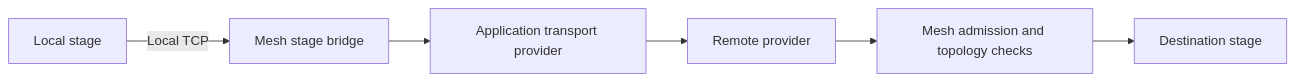
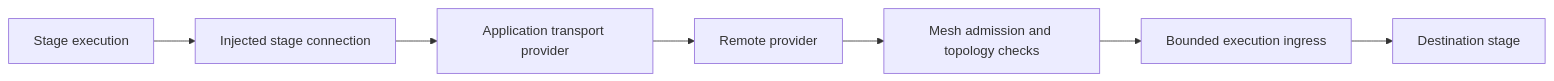
The diagram in mesh/docs/specs/APPLICATION_STAGE_TRANSPORT.md (Mesh-LLM/mesh-llm), drawn with Mermaid before and after one commit. The commit also changed other lines of this file and 68 other files, not shown here.

````diff
--- a/mesh/docs/specs/APPLICATION_STAGE_TRANSPORT.md
+++ b/mesh/docs/specs/APPLICATION_STAGE_TRANSPORT.md
@@ -52,8 +56,9 @@
 ```mermaid
 flowchart LR
-    S[Local stage] -->|Local TCP| B[Mesh stage bridge]
-    B --> P[Application transport provider]
+    S[Stage execution] --> C[Injected stage connection]
+    C --> P[Application transport provider]
     P --> R[Remote provider]
     R --> G[Mesh admission and topology checks]
-    G --> T[Destination stage]
+    G --> I[Bounded execution ingress]
+    I --> T[Destination stage]
 ```
````
